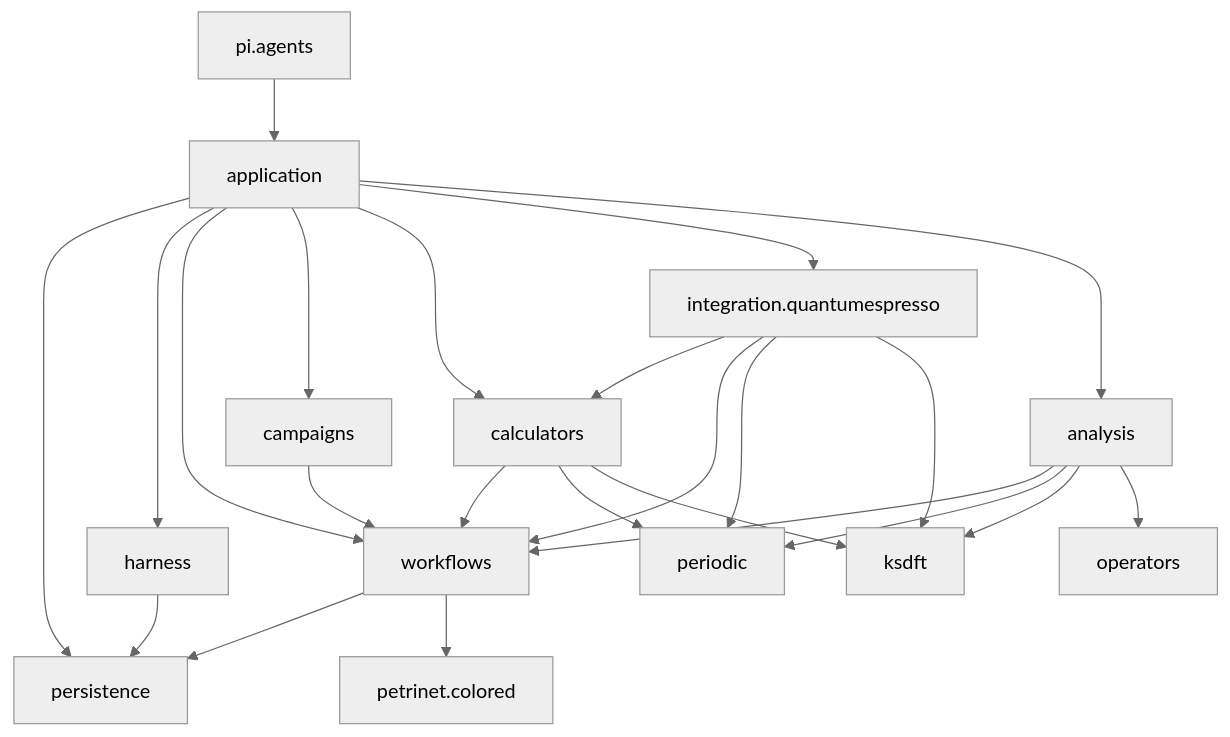
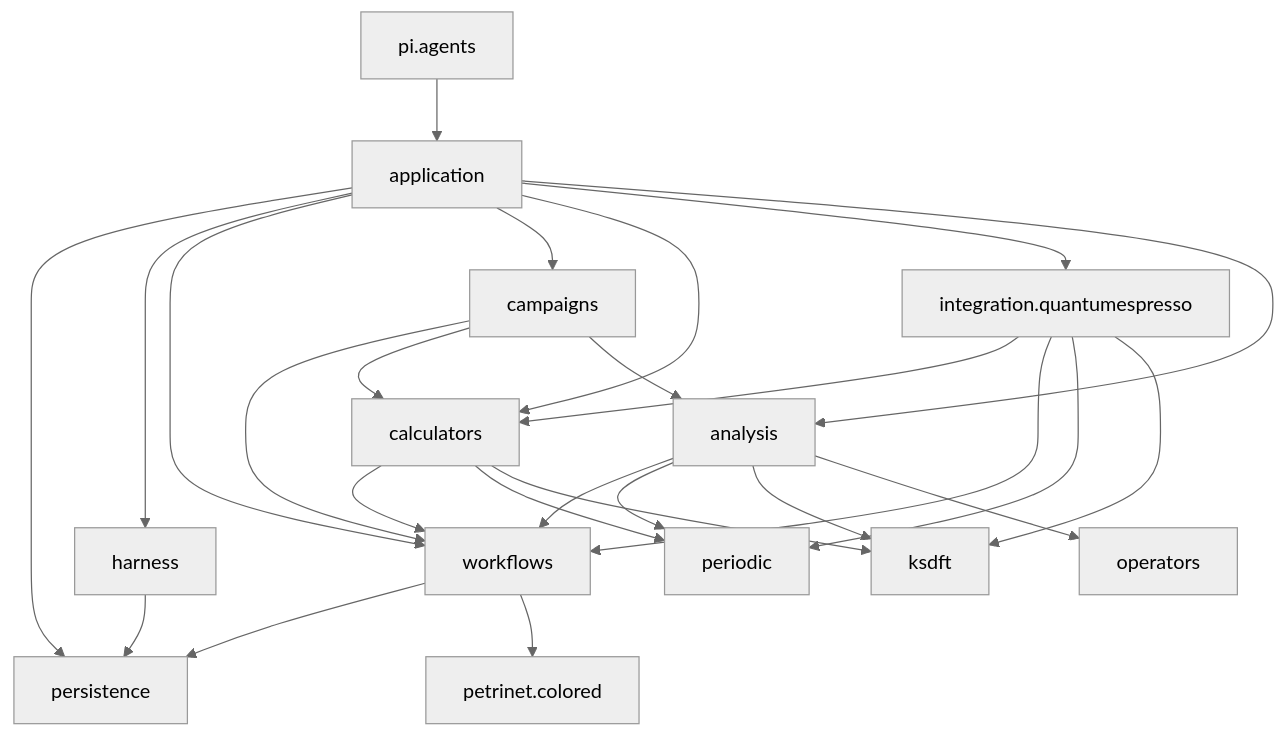
The diagram in docs/architecture/v2/ksdft2effmass/index.md (eragasa/ksdft2effmass), drawn with Mermaid (neutral theme) before and after one commit. The commit also changed other lines of this file and 29 other files, not shown here.

````diff
--- a/docs/architecture/v2/ksdft2effmass/index.md
+++ b/docs/architecture/v2/ksdft2effmass/index.md
@@ -9,40 +9,42 @@
 ```mermaid
 flowchart TB
     app["application"]
     persistence["persistence"]
     harness["harness"]
     workflows["workflows"]
     petrinet["petrinet.colored"]
     campaigns["campaigns"]
     calculators["calculators"]
     integration["integration.quantumespresso"]
     periodic["periodic"]
     ksdft["ksdft"]
     operators["operators"]
     analysis["analysis"]
     pi_agents["pi.agents"]
 
     pi_agents --> app
     app --> persistence
     app --> harness
     app --> workflows
     app --> campaigns
     app --> calculators
     app --> integration
     app --> analysis
     harness --> persistence
     workflows --> persistence
     workflows --> petrinet
     campaigns --> workflows
+    campaigns --> calculators
+    campaigns --> analysis
     calculators --> workflows
     calculators --> periodic
     calculators --> ksdft
     integration --> calculators
     integration --> workflows
     integration --> periodic
     integration --> ksdft
     analysis --> workflows
     analysis --> periodic
     analysis --> ksdft
     analysis --> operators
 ```
````
